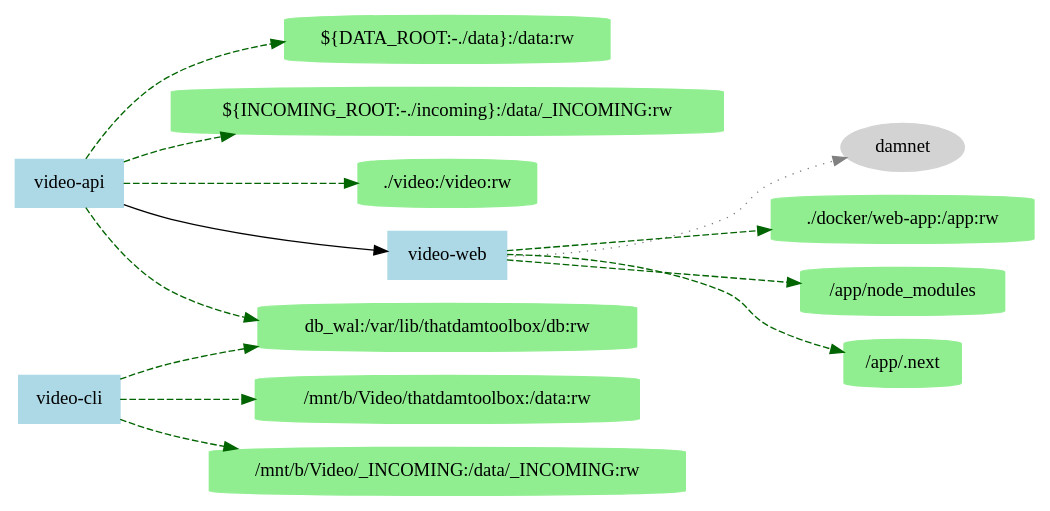
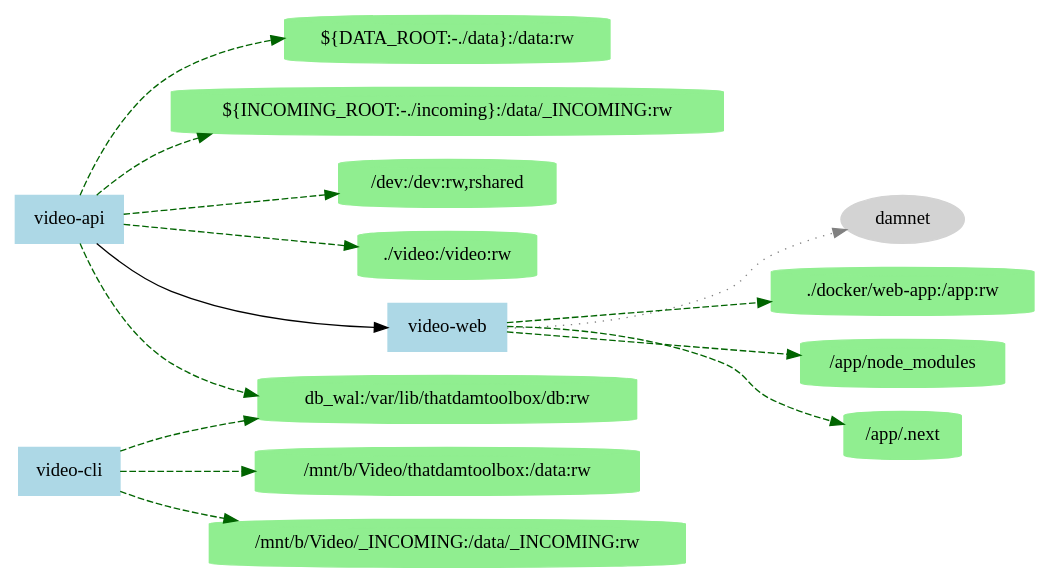
The diagram in public/serve/repository-docker-structure.dot (Cdaprod/ThatDAMToolbox), drawn with Graphviz before and after one commit. The commit also changed 1 other file, not shown here.

```diff
--- a/public/serve/repository-docker-structure.dot
+++ b/public/serve/repository-docker-structure.dot
@@ -1,30 +1,32 @@
 digraph docker_compose {
   rankdir=LR;
   node [shape=box, style=filled, color=lightblue];
   "video-api" [label="video-api"];
   "video-api" -> "vol::${DATA_ROOT:-./data}:/data:rw" [style=dashed, color=darkgreen];
   "vol::${DATA_ROOT:-./data}:/data:rw" [label="${DATA_ROOT:-./data}:/data:rw" shape=cylinder color=lightgreen];
   "video-api" -> "vol::${INCOMING_ROOT:-./incoming}:/data/_INCOMING:rw" [style=dashed, color=darkgreen];
   "vol::${INCOMING_ROOT:-./incoming}:/data/_INCOMING:rw" [label="${INCOMING_ROOT:-./incoming}:/data/_INCOMING:rw" shape=cylinder color=lightgreen];
   "video-api" -> "vol::db_wal:/var/lib/thatdamtoolbox/db:rw" [style=dashed, color=darkgreen];
   "vol::db_wal:/var/lib/thatdamtoolbox/db:rw" [label="db_wal:/var/lib/thatdamtoolbox/db:rw" shape=cylinder color=lightgreen];
+  "video-api" -> "vol::/dev:/dev:rw,rshared" [style=dashed, color=darkgreen];
+  "vol::/dev:/dev:rw,rshared" [label="/dev:/dev:rw,rshared" shape=cylinder color=lightgreen];
   "video-api" -> "vol::./video:/video:rw" [style=dashed, color=darkgreen];
   "vol::./video:/video:rw" [label="./video:/video:rw" shape=cylinder color=lightgreen];
   "video-web" [label="video-web"];
   "video-api" -> "video-web";
   "video-web" -> "net::damnet" [style=dotted, color=gray];
   "net::damnet" [label="damnet" shape=ellipse color=lightgray];
   "video-web" -> "vol::./docker/web-app:/app:rw" [style=dashed, color=darkgreen];
   "vol::./docker/web-app:/app:rw" [label="./docker/web-app:/app:rw" shape=cylinder color=lightgreen];
   "video-web" -> "vol::/app/node_modules" [style=dashed, color=darkgreen];
   "vol::/app/node_modules" [label="/app/node_modules" shape=cylinder color=lightgreen];
   "video-web" -> "vol::/app/.next" [style=dashed, color=darkgreen];
   "vol::/app/.next" [label="/app/.next" shape=cylinder color=lightgreen];
   "video-cli" [label="video-cli"];
   "video-cli" -> "vol::/mnt/b/Video/thatdamtoolbox:/data:rw" [style=dashed, color=darkgreen];
   "vol::/mnt/b/Video/thatdamtoolbox:/data:rw" [label="/mnt/b/Video/thatdamtoolbox:/data:rw" shape=cylinder color=lightgreen];
   "video-cli" -> "vol::/mnt/b/Video/_INCOMING:/data/_INCOMING:rw" [style=dashed, color=darkgreen];
   "vol::/mnt/b/Video/_INCOMING:/data/_INCOMING:rw" [label="/mnt/b/Video/_INCOMING:/data/_INCOMING:rw" shape=cylinder color=lightgreen];
   "video-cli" -> "vol::db_wal:/var/lib/thatdamtoolbox/db:rw" [style=dashed, color=darkgreen];
   "vol::db_wal:/var/lib/thatdamtoolbox/db:rw" [label="db_wal:/var/lib/thatdamtoolbox/db:rw" shape=cylinder color=lightgreen];
 }
```
